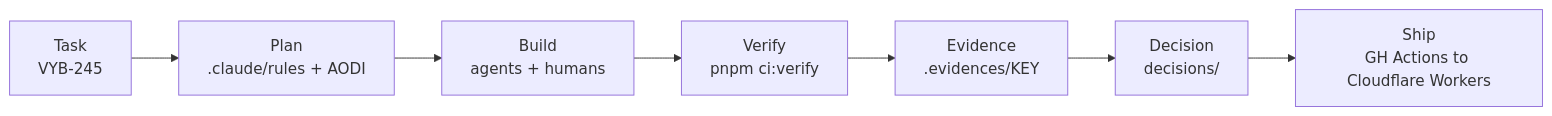
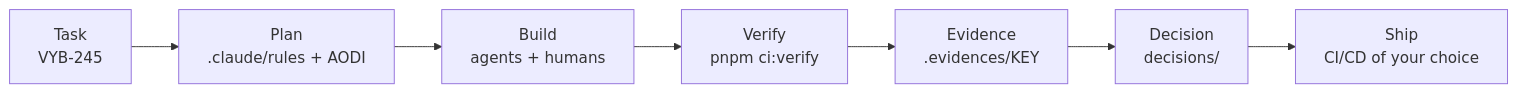
Before and after one commit to polubis/gon-stack: the diagram in README.md, drawn with Mermaid. The commit also changed other lines of this file and 5 other files, not shown here.

````diff
--- a/README.md
+++ b/README.md
@@ -58,9 +58,9 @@
 ```mermaid
 flowchart LR
   T["Task<br/>VYB-245"] --> P["Plan<br/>.claude/rules + AODI"]
   P --> B["Build<br/>agents + humans"]
   B --> V["Verify<br/>pnpm ci:verify"]
   V --> E["Evidence<br/>.evidences/KEY"]
   E --> D["Decision<br/>decisions/"]
-  D --> S["Ship<br/>GH Actions to Cloudflare Workers"]
+  D --> S["Ship<br/>CI/CD of your choice"]
 ```
````
